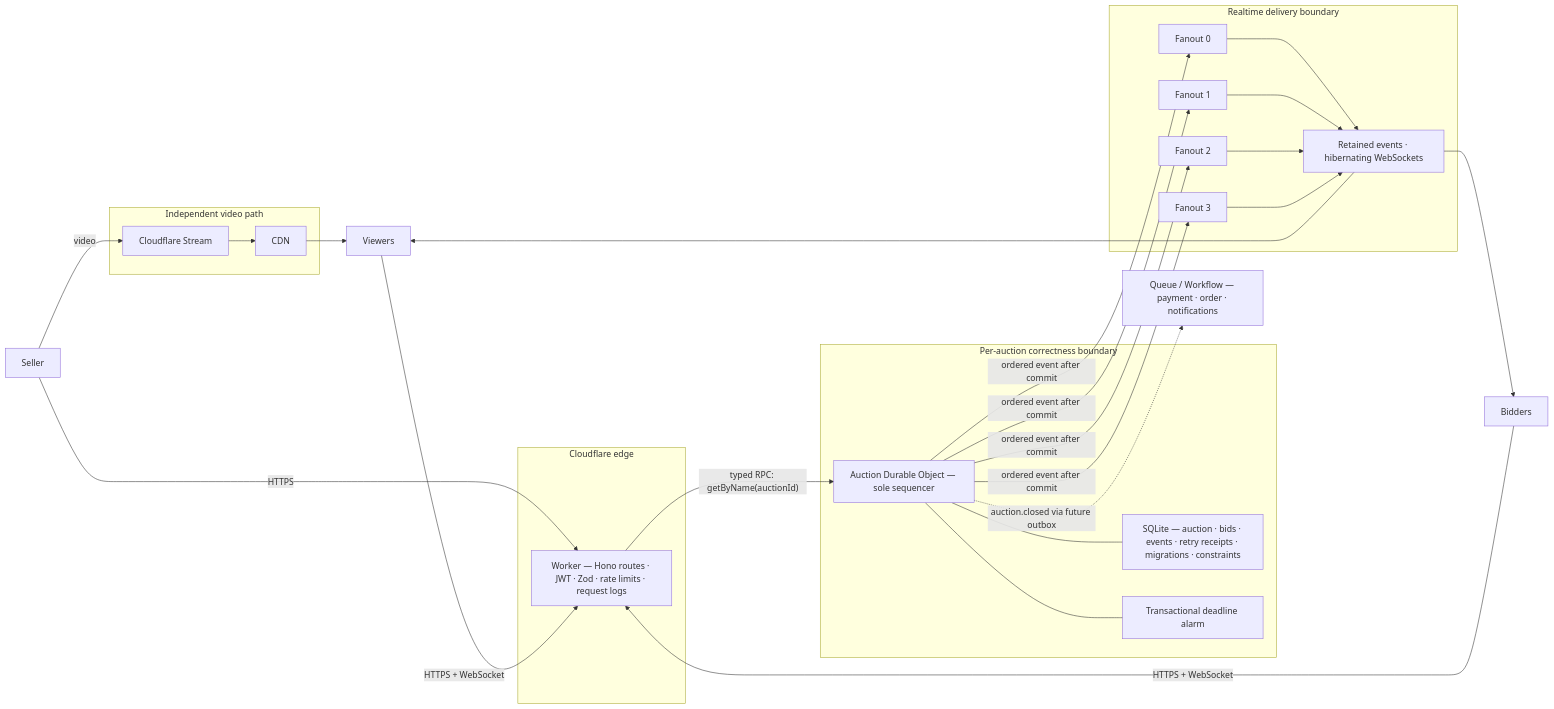
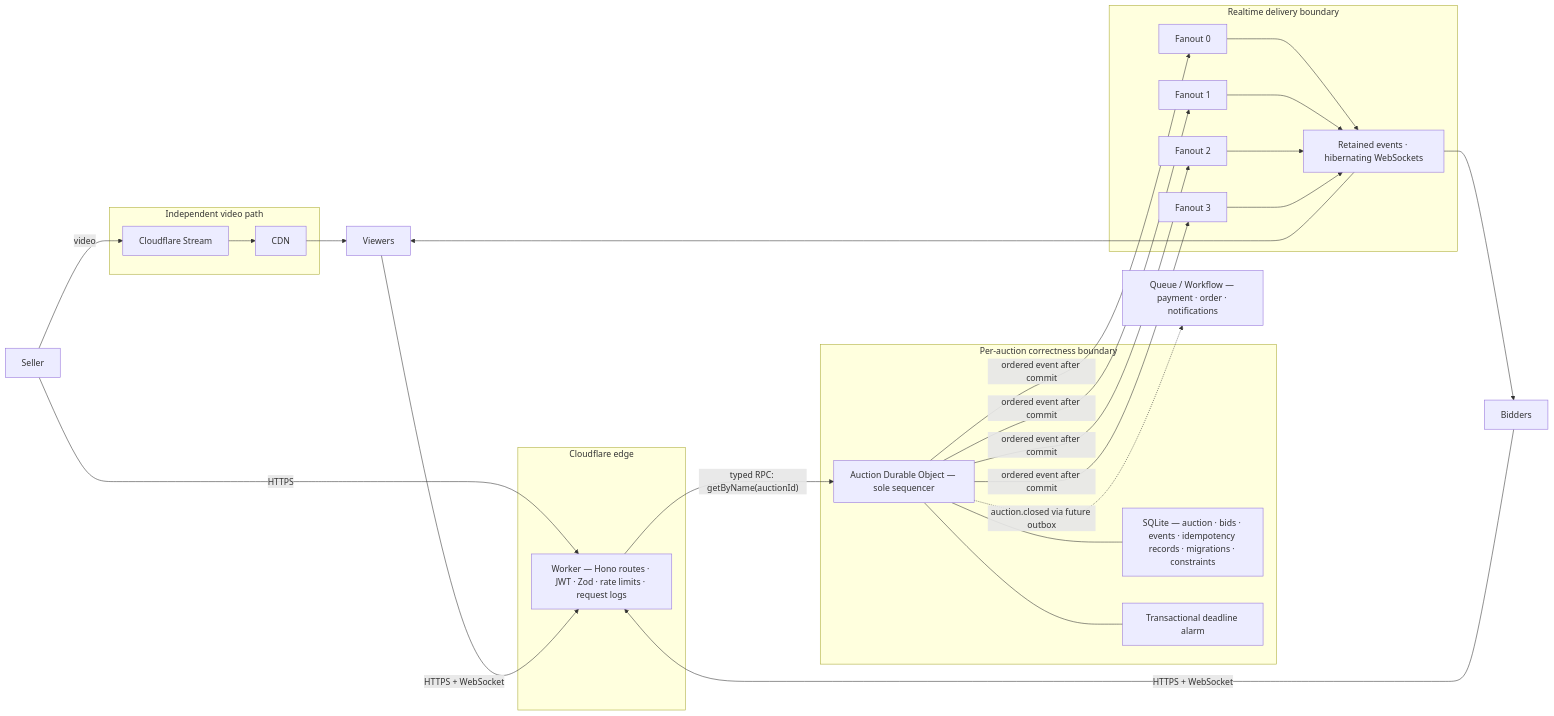
Before and after one commit to aranlucas/live-auction: the ninth of 12 diagrams in SYSTEM_DESIGN.md, drawn with Mermaid. The commit also changed other lines of this file and 8 other files, not shown here.

Commit message:
refactor: name idempotency records explicitly

````diff
--- a/SYSTEM_DESIGN.md
+++ b/SYSTEM_DESIGN.md
@@ -559,50 +560,50 @@
 ```mermaid
 flowchart LR
     Seller[Seller]
     Bidders[Bidders]
     Viewers[Viewers]
 
     subgraph Video[Independent video path]
         Stream[Cloudflare Stream]
         CDN[CDN]
     end
 
     subgraph Edge[Cloudflare edge]
         Worker["Worker — Hono routes · JWT · Zod · rate limits · request logs"]
     end
 
     subgraph Authority[Per-auction correctness boundary]
         AuctionDO["Auction Durable Object — sole sequencer"]
-        SQLite["SQLite — auction · bids · events · retry receipts · migrations · constraints"]
+        SQLite["SQLite — auction · bids · events · idempotency records · migrations · constraints"]
         Alarm[Transactional deadline alarm]
         AuctionDO --- SQLite
         AuctionDO --- Alarm
     end
 
     subgraph Delivery[Realtime delivery boundary]
         F0[Fanout 0]
         F1[Fanout 1]
         F2[Fanout 2]
         F3[Fanout 3]
         Sockets["Retained events · hibernating WebSockets"]
         F0 --> Sockets
         F1 --> Sockets
         F2 --> Sockets
         F3 --> Sockets
     end
 
     Settlement["Queue / Workflow — payment · order · notifications"]
 
     Seller -->|video| Stream --> CDN --> Viewers
     Seller -->|HTTPS| Worker
     Bidders -->|HTTPS + WebSocket| Worker
     Viewers -->|HTTPS + WebSocket| Worker
     Worker -->|"typed RPC: getByName(auctionId)"| AuctionDO
     AuctionDO -->|ordered event after commit| F0
     AuctionDO -->|ordered event after commit| F1
     AuctionDO -->|ordered event after commit| F2
     AuctionDO -->|ordered event after commit| F3
     Sockets --> Viewers
     Sockets --> Bidders
     AuctionDO -.->|auction.closed via future outbox| Settlement
 ```
````
